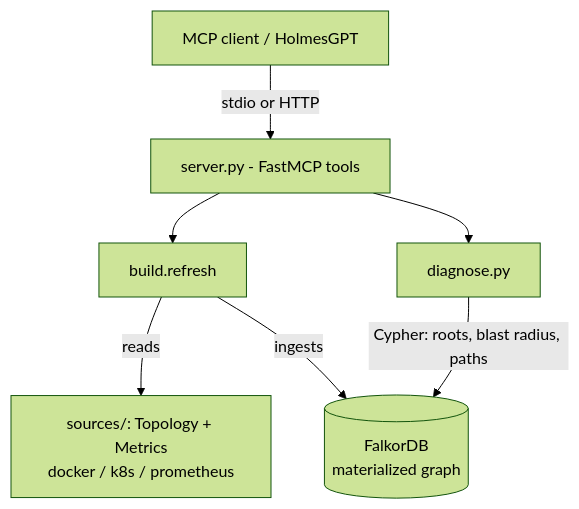
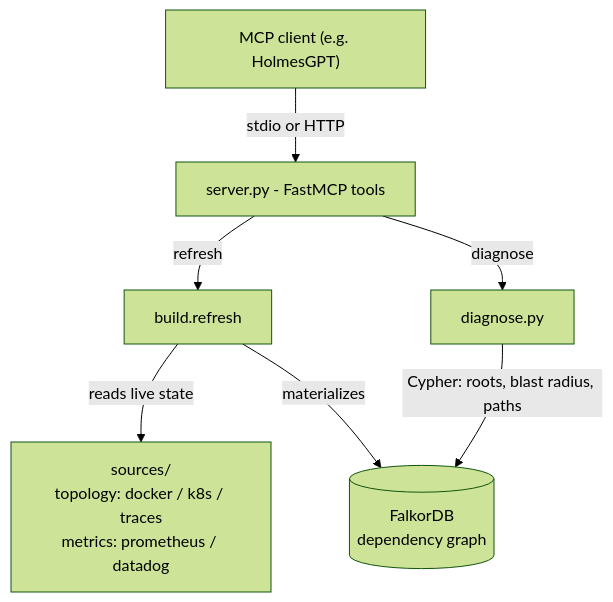
Before and after one commit to sspcodeflix/woodpecker-mcp: the diagram in README.md, drawn with Mermaid (forest theme). The commit also changed other lines of this file, not shown here.

First line of the commit message:
Formalize intro and fix architecture diagram

````diff
--- a/README.md
+++ b/README.md
@@ -40,9 +42,9 @@
 ```mermaid
 flowchart TD
-    H[MCP client / HolmesGPT] -->|stdio or HTTP| S[server.py - FastMCP tools]
-    S --> B[build.refresh]
-    B -->|reads| C[sources/: Topology + Metrics<br/>docker / k8s / prometheus]
-    B -->|ingests| G[(FalkorDB<br/>materialized graph)]
-    S --> D[diagnose.py]
-    D -->|Cypher: roots, blast radius, paths| G
+    H["MCP client (e.g. HolmesGPT)"] -->|stdio or HTTP| S["server.py - FastMCP tools"]
+    S -->|refresh| B[build.refresh]
+    S -->|diagnose| D[diagnose.py]
+    B -->|reads live state| C["sources/<br/>topology: docker / k8s / traces<br/>metrics: prometheus / datadog"]
+    B -->|materializes| G[("FalkorDB<br/>dependency graph")]
+    D -->|"Cypher: roots, blast radius, paths"| G
 ```
````
